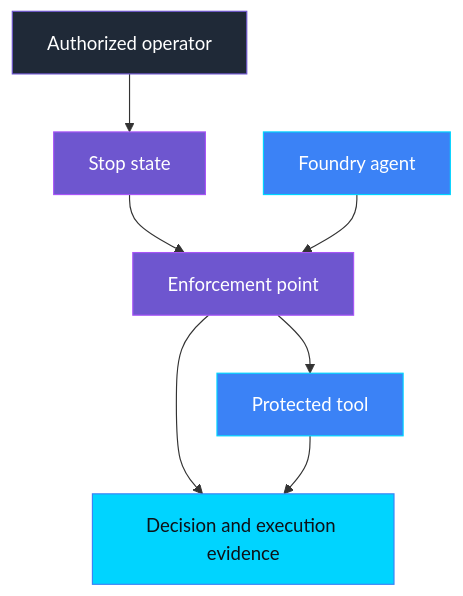
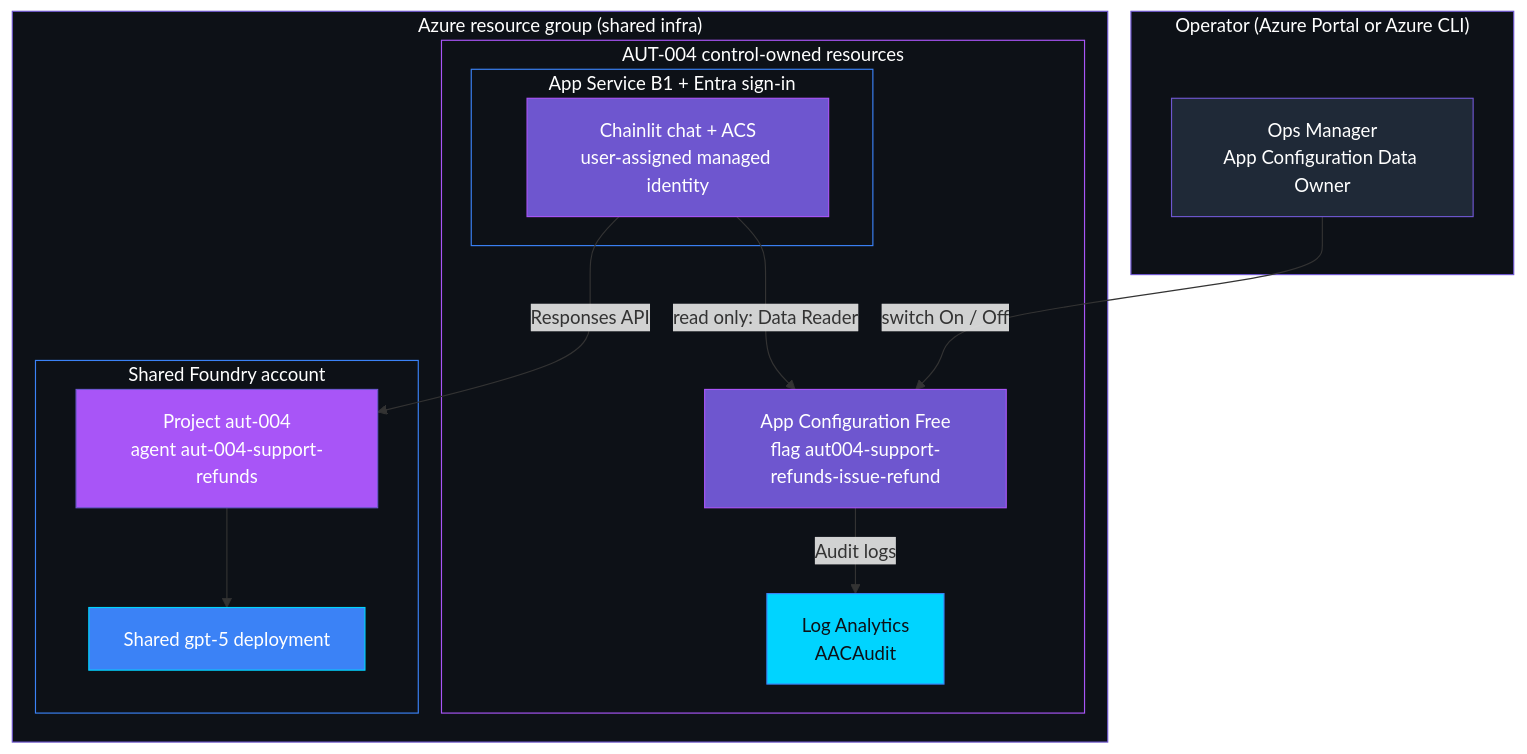
Before and after one commit to doruit/forged-with-foundry: the second of 2 diagrams in controls/autonomy_and_human_oversight/AUT-004_emergency_stop_not_enforced/README.md, drawn with Mermaid. The commit also changed other lines of this file and 106 other files, not shown here.

First line of the commit message:
feat: runaway agent kill switch bundle (TOOL-003, RUN-006, AUT-004)

````diff
--- a/controls/autonomy_and_human_oversight/AUT-004_emergency_stop_not_enforced/README.md
+++ b/controls/autonomy_and_human_oversight/AUT-004_emergency_stop_not_enforced/README.md
@@ -100,18 +202,42 @@
 ```mermaid
 flowchart TB
-    O[Authorized operator] --> S[Stop state]
-    S --> G[Enforcement point]
-    A[Foundry agent] --> G
-    G --> T[Protected tool]
-    G --> E[Decision and execution evidence]
-    T --> E
+    subgraph USER["Operator (Azure Portal or Azure CLI)"]
+        OP[Ops Manager<br/>App Configuration Data Owner]
+    end
+
+    subgraph RG["Azure resource group (shared infra)"]
+        subgraph CTRL["AUT-004 control-owned resources"]
+            AC[App Configuration Free<br/>flag aut004-support-refunds-issue-refund]
+            LA[Log Analytics<br/>AACAudit]
+            subgraph APP["App Service B1 + Entra sign-in"]
+                CH[Chainlit chat + ACS<br/>user-assigned managed identity]
+            end
+        end
+        subgraph ACC["Shared Foundry account"]
+            GPT[Shared gpt-5 deployment]
+            AG[Project aut-004<br/>agent aut-004-support-refunds]
+        end
+    end
+
+    OP -->|switch On / Off| AC
+    AC -->|Audit logs| LA
+    CH -->|read only: Data Reader| AC
+    CH -->|Responses API| AG
+    AG --> GPT
 
     classDef governance fill:#6E56CF,stroke:#A855F7,color:#FFFFFF
     classDef platform fill:#3B82F6,stroke:#00D4FF,color:#FFFFFF
     classDef evidence fill:#00D4FF,stroke:#3B82F6,color:#0D1117
+    classDef intelligence fill:#A855F7,stroke:#6E56CF,color:#FFFFFF
     classDef neutral fill:#1F2937,stroke:#6E56CF,color:#FFFFFF
-    class O neutral
-    class A,T platform
-    class S,G governance
-    class E evidence
+    class OP neutral
+    class AC,CH governance
+    class GPT platform
+    class AG intelligence
+    class LA evidence
+    style USER fill:#0D1117,stroke:#6E56CF,color:#FFFFFF
+    style RG fill:#0D1117,stroke:#6E56CF,color:#FFFFFF
+    style CTRL fill:#0D1117,stroke:#A855F7,color:#FFFFFF
+    style APP fill:#0D1117,stroke:#3B82F6,color:#FFFFFF
+    style ACC fill:#0D1117,stroke:#3B82F6,color:#FFFFFF
 ```
````
